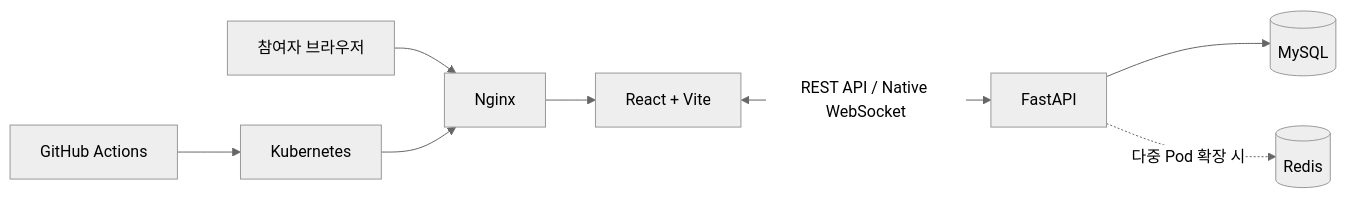
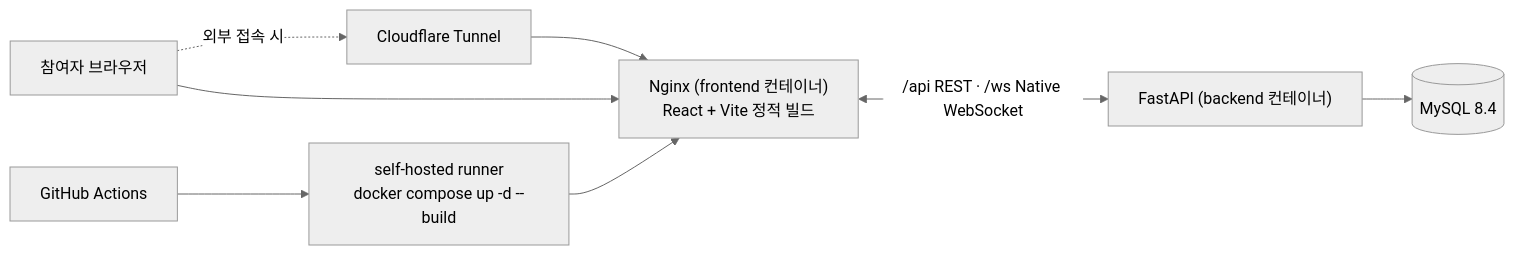
The diagram in README.md (SunMoonUniv/ModuPick), drawn with Mermaid (neutral theme) before and after one commit. The commit also changed other lines of this file, not shown here.

````diff
--- a/README.md
+++ b/README.md
@@ -100,10 +103,10 @@
 ```mermaid
 flowchart LR
-    U["참여자 브라우저"] --> N["Nginx"]
-    N --> F["React + Vite"]
-    F <-->|"REST API / Native WebSocket"| B["FastAPI"]
-    B --> P[("MySQL")]
-    B -. "다중 Pod 확장 시" .-> R[("Redis")]
-    G["GitHub Actions"] --> K["Kubernetes"]
-    K --> N
+    U["참여자 브라우저"] -. "외부 접속 시" .-> C["Cloudflare Tunnel"]
+    C --> N
+    U --> N["Nginx (frontend 컨테이너)<br/>React + Vite 정적 빌드"]
+    N <-->|"/api REST · /ws Native WebSocket"| B["FastAPI (backend 컨테이너)"]
+    B --> P[("MySQL 8.4")]
+    G["GitHub Actions"] --> R["self-hosted runner<br/>docker compose up -d --build"]
+    R --> N
 ```
````
